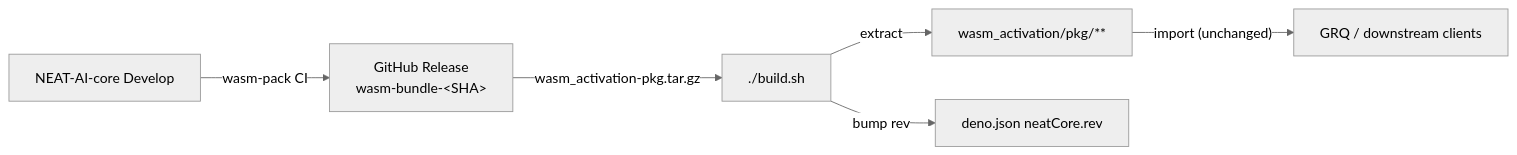
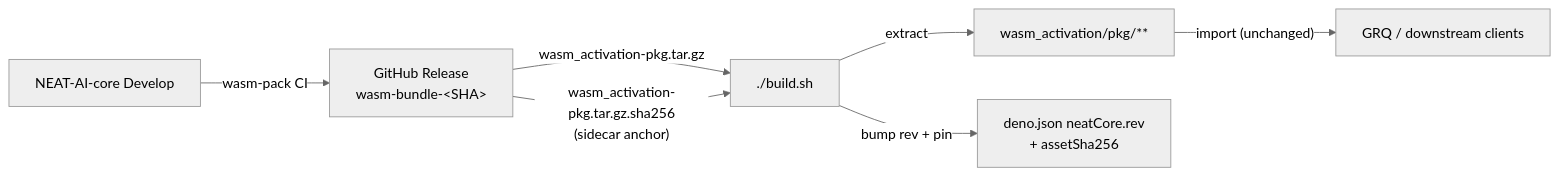
One commit to stSoftwareAU/NEAT-AI changed the first of 2 diagrams in docs/CORE_DEPENDENCY_POLICY.md. Above: the diagram before and after it, drawn with Mermaid (neutral theme). The commit also changed other lines of this file and 4 other files, not shown here.

````diff
--- a/docs/CORE_DEPENDENCY_POLICY.md
+++ b/docs/CORE_DEPENDENCY_POLICY.md
@@ -28,8 +30,9 @@
 ```mermaid
 flowchart LR
   CORE["NEAT-AI-core Develop"] -- "wasm-pack CI" --> REL["GitHub Release<br/>wasm-bundle-&lt;SHA&gt;"]
   REL -- "wasm_activation-pkg.tar.gz" --> BUILD["./build.sh"]
+  REL -- "wasm_activation-pkg.tar.gz.sha256<br/>(sidecar anchor)" --> BUILD
   BUILD -- "extract" --> PKG["wasm_activation/pkg/**"]
-  BUILD -- "bump rev" --> DENO["deno.json neatCore.rev"]
+  BUILD -- "bump rev + pin" --> DENO["deno.json neatCore.rev<br/>+ assetSha256"]
   PKG -- "import (unchanged)" --> GRQ["GRQ / downstream clients"]
 ```
````
